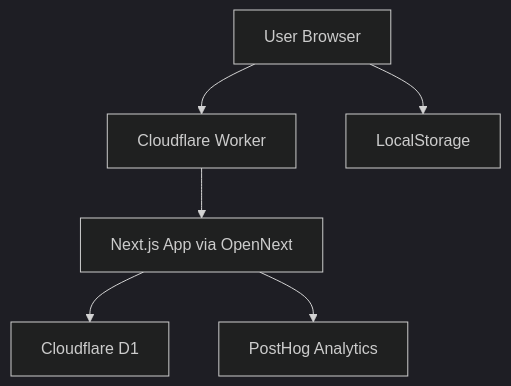
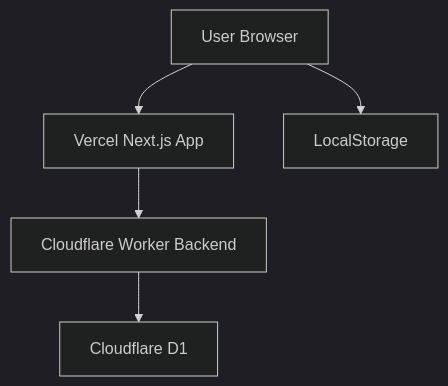
The diagram in INFRASTRUCTURE.md (Aarekaz/SplitSimple), drawn with Mermaid (dark theme) before and after one commit. The commit also changed other lines of this file and 36 other files, not shown here.

````diff
--- a/INFRASTRUCTURE.md
+++ b/INFRASTRUCTURE.md
@@ -7,8 +12,7 @@
 ```mermaid
 graph TB
-    A[User Browser] --> B[Cloudflare Worker]
-    B --> C[Next.js App via OpenNext]
+    A[User Browser] --> B[Vercel Next.js App]
+    B --> C[Cloudflare Worker Backend]
     C --> D[Cloudflare D1]
-    C --> E[PostHog Analytics]
-    A --> F[LocalStorage]
+    A --> E[LocalStorage]
 ```
````
